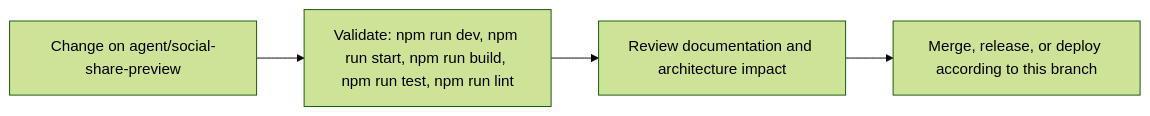
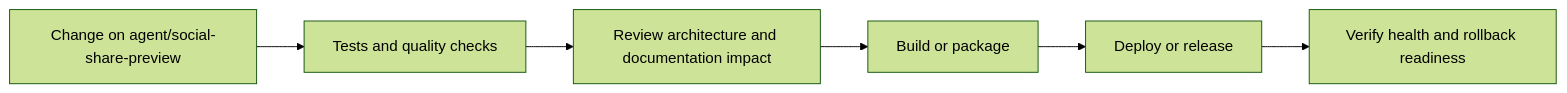
Before and after one commit to Nischhalsubba/BindForge-NW: the sixth of 7 diagrams in README.md, drawn with Mermaid (forest theme). The commit also changed other lines of this file, not shown here.

````diff
--- a/README.md
+++ b/README.md
@@ -88,8 +198,8 @@
 ```mermaid
 flowchart LR
-    CHANGE["Change on agent/social-share-preview"]
-    CHECK["Validate: npm run dev, npm run start, npm run build, npm run test, npm run lint"]
-    REVIEW["Review documentation and architecture impact"]
-    RELEASE["Merge, release, or deploy according to this branch"]
-    CHANGE --> CHECK --> REVIEW --> RELEASE
+    CHANGE["Change on agent/social-share-preview"] --> CHECK["Tests and quality checks"]
+    CHECK --> REVIEW["Review architecture and documentation impact"]
+    REVIEW --> BUILD["Build or package"]
+    BUILD --> DEPLOY["Deploy or release"]
+    DEPLOY --> VERIFY["Verify health and rollback readiness"]
 ```
````
